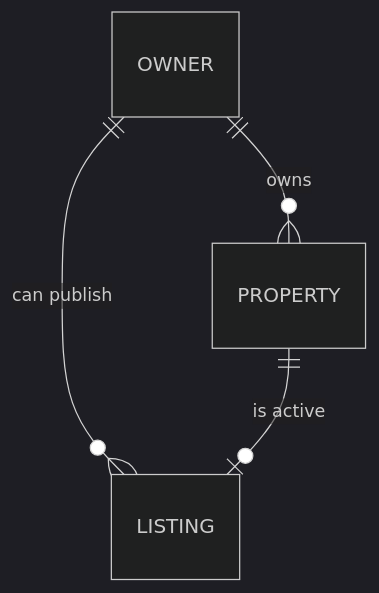
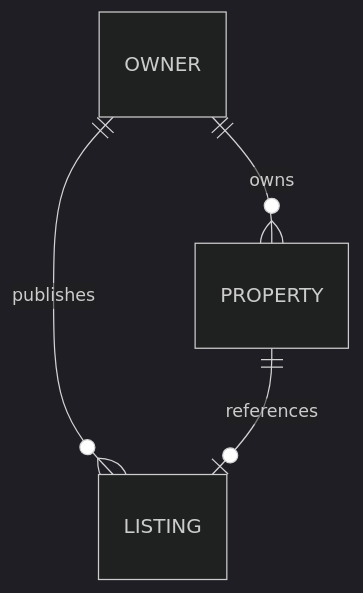
Before and after one commit to UpBrewTech/project-leasa: the second of 2 diagrams in docs/ERD.md, drawn with Mermaid (dark theme).

Commit message:
updated erd

````diff
--- a/docs/ERD.md
+++ b/docs/ERD.md
@@ -51,6 +51,6 @@
 ```mermaid
 erDiagram
     OWNER ||--o{ PROPERTY : "owns"
-    OWNER ||--o{ LISTING : "can publish"
-    PROPERTY ||--o| LISTING : "is active"
+    OWNER ||--o{ LISTING : "publishes"
+    PROPERTY ||--o| LISTING : "references"
 ```
````
